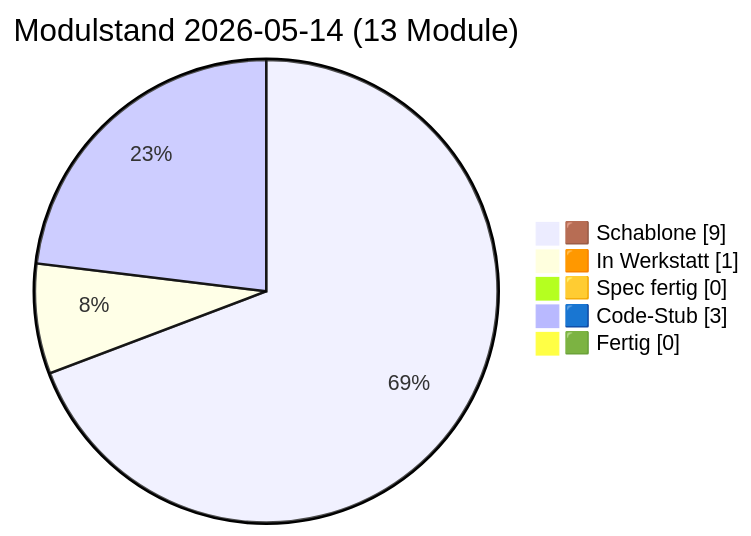
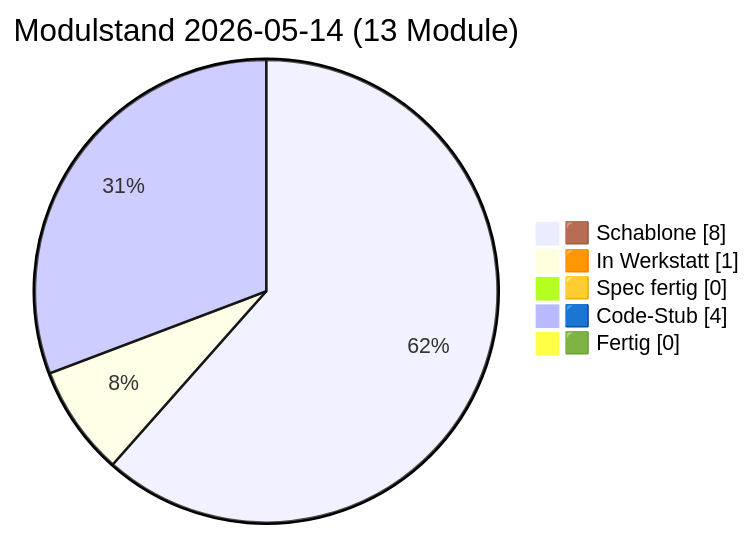
Before and after one commit to lausiklauskn-png/Sage-Protokol: the diagram in docs/PULS.md, drawn with Mermaid. The commit also changed other lines of this file and 7 other files, not shown here.

````diff
--- a/docs/PULS.md
+++ b/docs/PULS.md
@@ -16,9 +16,9 @@
 ```mermaid
 pie showData
   title Modulstand 2026-05-14 (13 Module)
-  "🟫 Schablone" : 9
+  "🟫 Schablone" : 8
   "🟧 In Werkstatt" : 1
   "🟨 Spec fertig" : 0
-  "🟦 Code-Stub" : 3
+  "🟦 Code-Stub" : 4
   "🟩 Fertig" : 0
 ```
````
